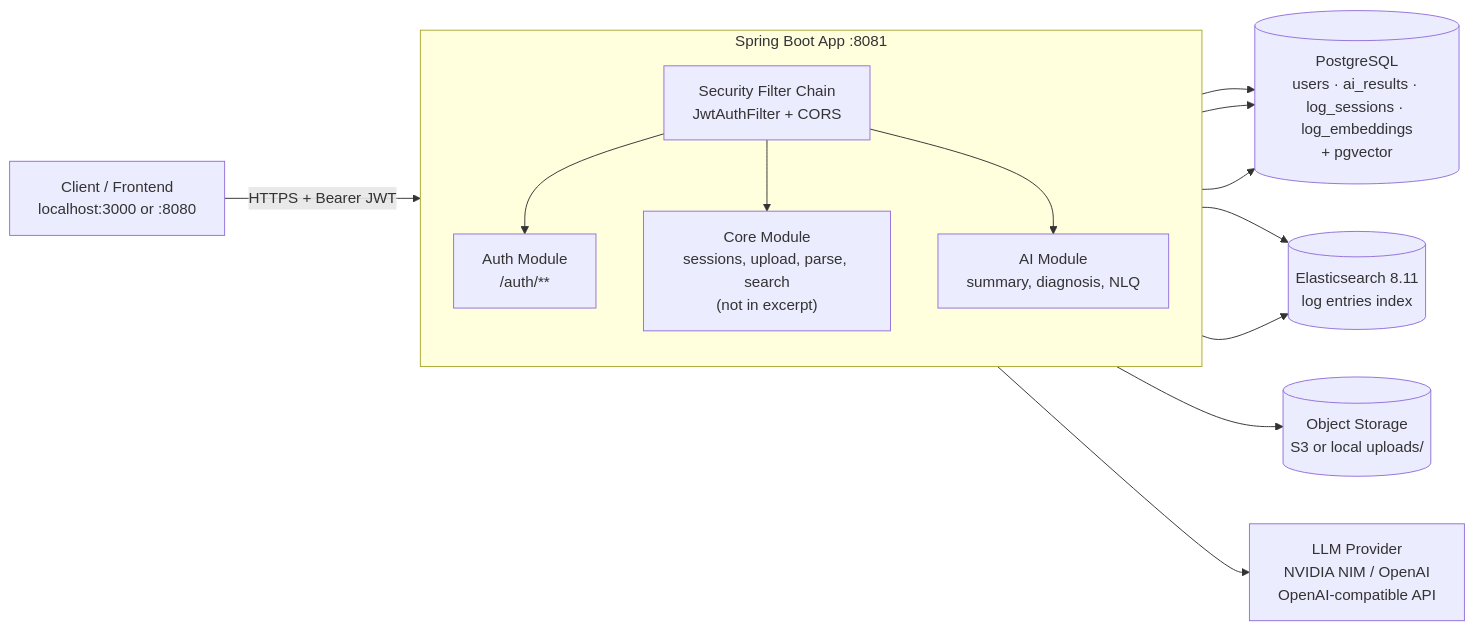
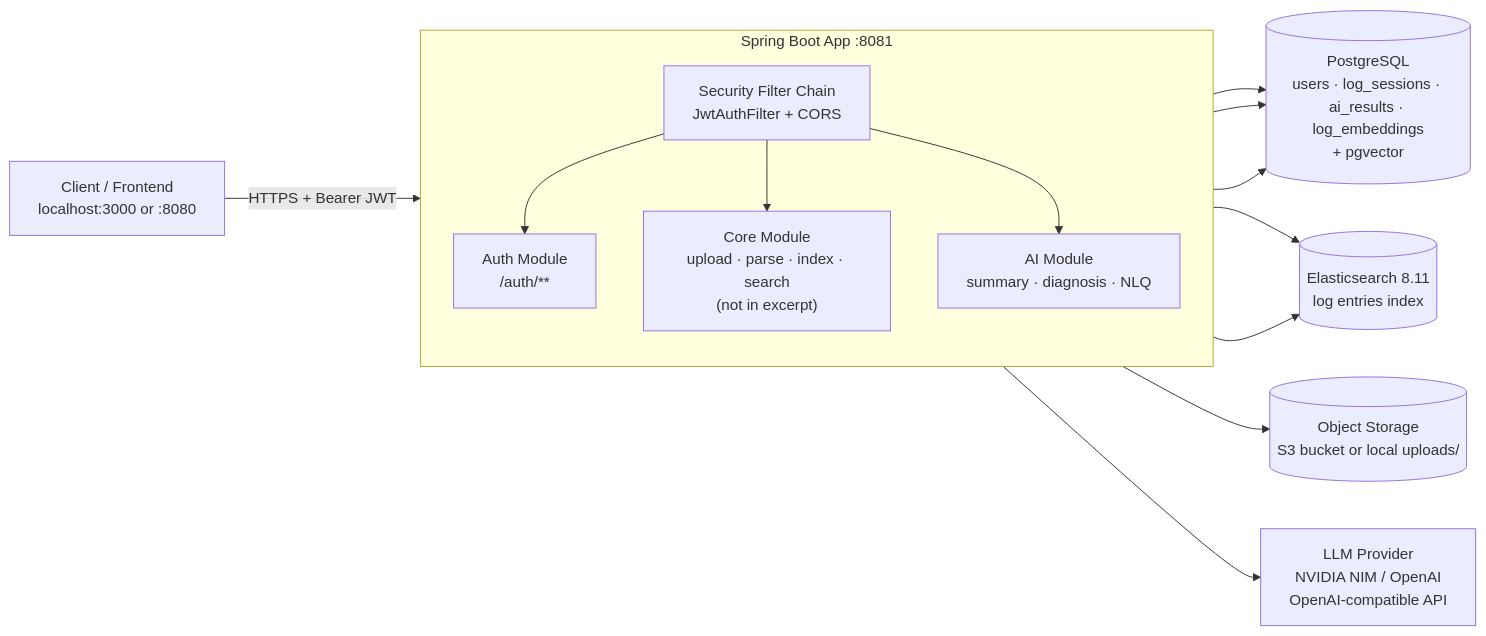
The first of 12 diagrams in README.md (Ashutosh730/parser), drawn with Mermaid before and after one commit. The commit also changed other lines of this file, not shown here.

Commit message:
Update README.md to enhance documentation for log ingestion, AI features, and system architecture

````diff
--- a/README.md
+++ b/README.md
@@ -83,30 +88,30 @@
 ```mermaid
 flowchart LR
     Client["Client / Frontend<br/>localhost:3000 or :8080"]
 
     subgraph App["Spring Boot App :8081"]
         direction TB
         SEC["Security Filter Chain<br/>JwtAuthFilter + CORS"]
         AUTH["Auth Module<br/>/auth/**"]
-        CORE["Core Module<br/>sessions, upload, parse, search<br/>(not in excerpt)"]
-        AI["AI Module<br/>summary, diagnosis, NLQ"]
+        CORE["Core Module<br/>upload · parse · index · search<br/>(not in excerpt)"]
+        AI["AI Module<br/>summary · diagnosis · NLQ"]
     end
 
-    PG[("PostgreSQL<br/>users · ai_results · log_sessions · log_embeddings<br/>+ pgvector")]
+    PG[("PostgreSQL<br/>users · log_sessions · ai_results · log_embeddings<br/>+ pgvector")]
     ES[("Elasticsearch 8.11<br/>log entries index")]
-    OBJ[("Object Storage<br/>S3 or local uploads/")]
+    OBJ[("Object Storage<br/>S3 bucket or local uploads/")]
     LLM["LLM Provider<br/>NVIDIA NIM / OpenAI<br/>OpenAI-compatible API"]
 
     Client -->|"HTTPS + Bearer JWT"| SEC
     SEC --> AUTH
     SEC --> CORE
     SEC --> AI
 
     AUTH --> PG
     CORE --> PG
     CORE --> ES
     CORE --> OBJ
     AI --> PG
     AI --> ES
     AI --> LLM
 ```
````
